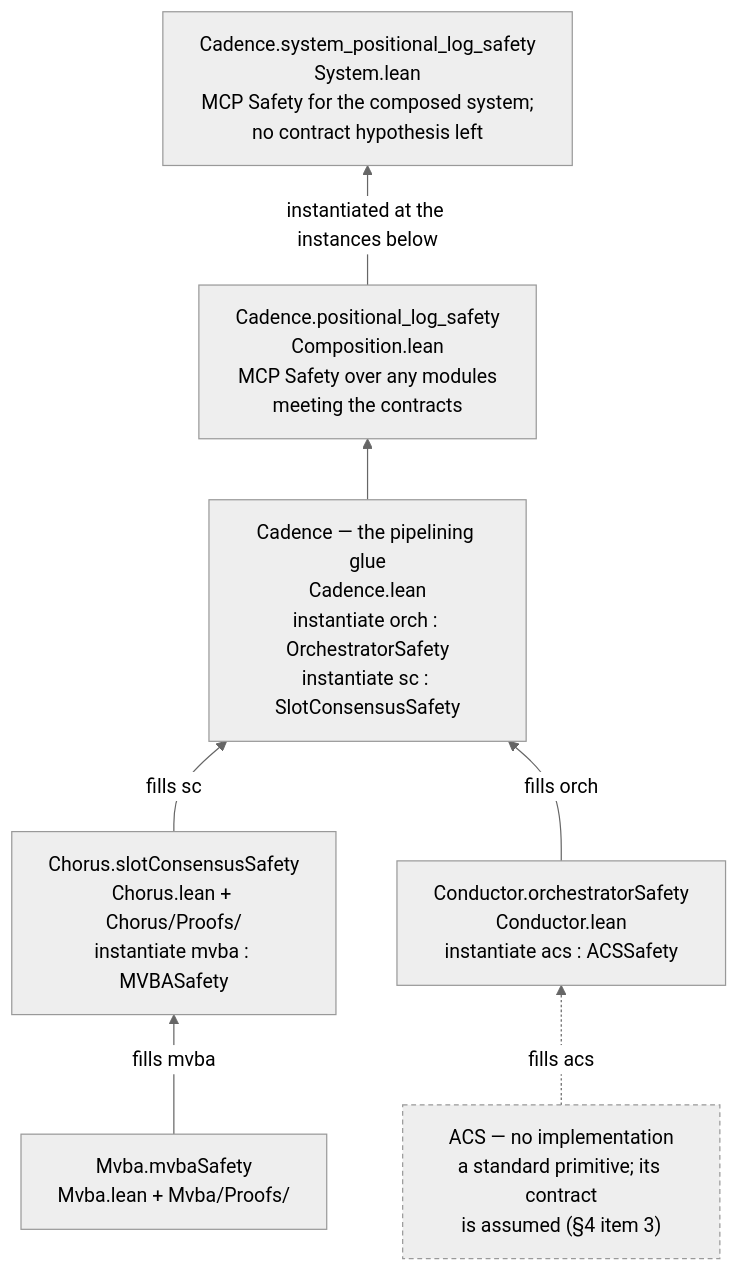
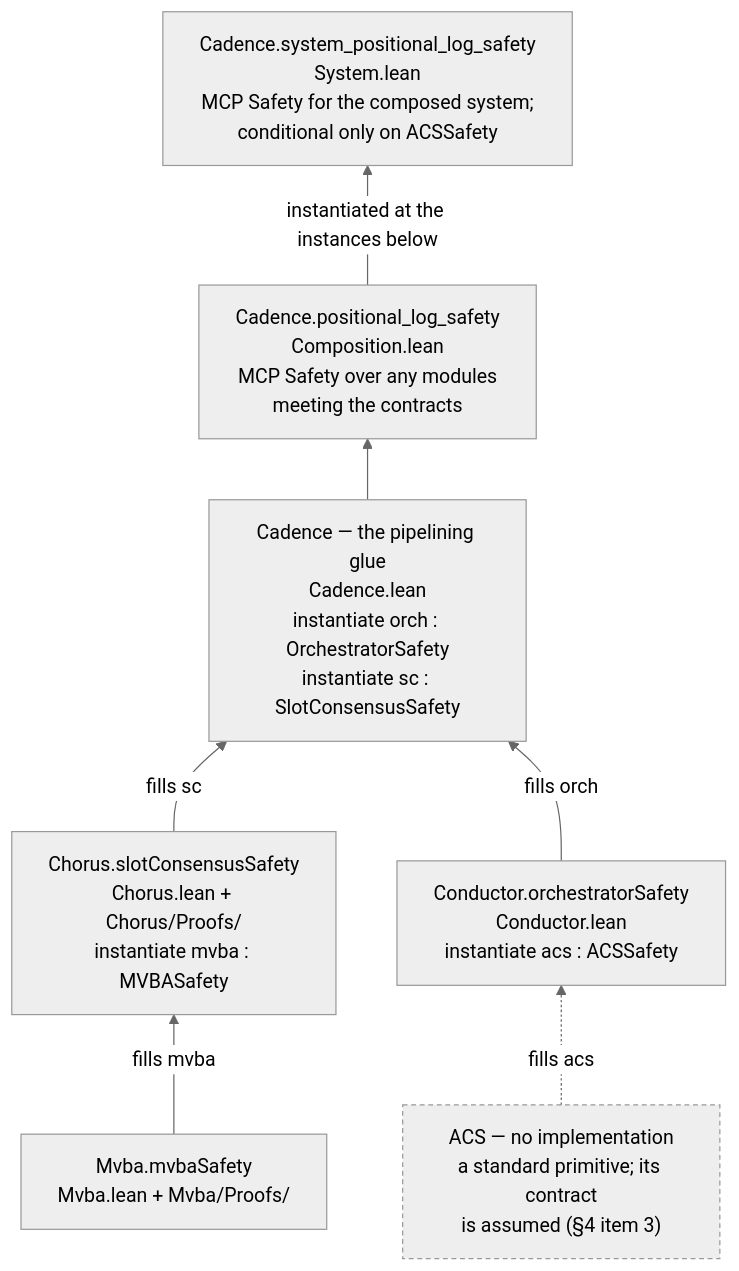
One commit to larskuhtz/cadence changed the diagram in docs/Architecture.md. Above: the diagram before and after it, drawn with Mermaid (neutral theme). The commit also changed other lines of this file and 150 other files, not shown here.

````diff
--- a/docs/Architecture.md
+++ b/docs/Architecture.md
@@ -65,20 +65,20 @@
 ```mermaid
 flowchart BT
     MVBA["Mvba.mvbaSafety<br/>Mvba.lean + Mvba/Proofs/"]
     ACS["ACS — no implementation<br/>a standard primitive; its contract<br/>is assumed (§4 item 3)"]
     CHOR["Chorus.slotConsensusSafety<br/>Chorus.lean + Chorus/Proofs/<br/>instantiate mvba : MVBASafety"]
     COND["Conductor.orchestratorSafety<br/>Conductor.lean<br/>instantiate acs : ACSSafety"]
     GLUE["Cadence — the pipelining glue<br/>Cadence.lean<br/>instantiate orch : OrchestratorSafety<br/>instantiate sc : SlotConsensusSafety"]
     POS["Cadence.positional_log_safety<br/>Composition.lean<br/>MCP Safety over any modules<br/>meeting the contracts"]
-    SYS["Cadence.system_positional_log_safety<br/>System.lean<br/>MCP Safety for the composed system;<br/>no contract hypothesis left"]
+    SYS["Cadence.system_positional_log_safety<br/>System.lean<br/>MCP Safety for the composed system;<br/>conditional only on ACSSafety"]
 
     MVBA -- "fills mvba" --> CHOR
     ACS -. "fills acs" .-> COND
     CHOR -- "fills sc" --> GLUE
     COND -- "fills orch" --> GLUE
     GLUE --> POS
     POS -- "instantiated at the instances below" --> SYS
 
     classDef assumed stroke-dasharray:4 3
     class ACS assumed
 ```
````
